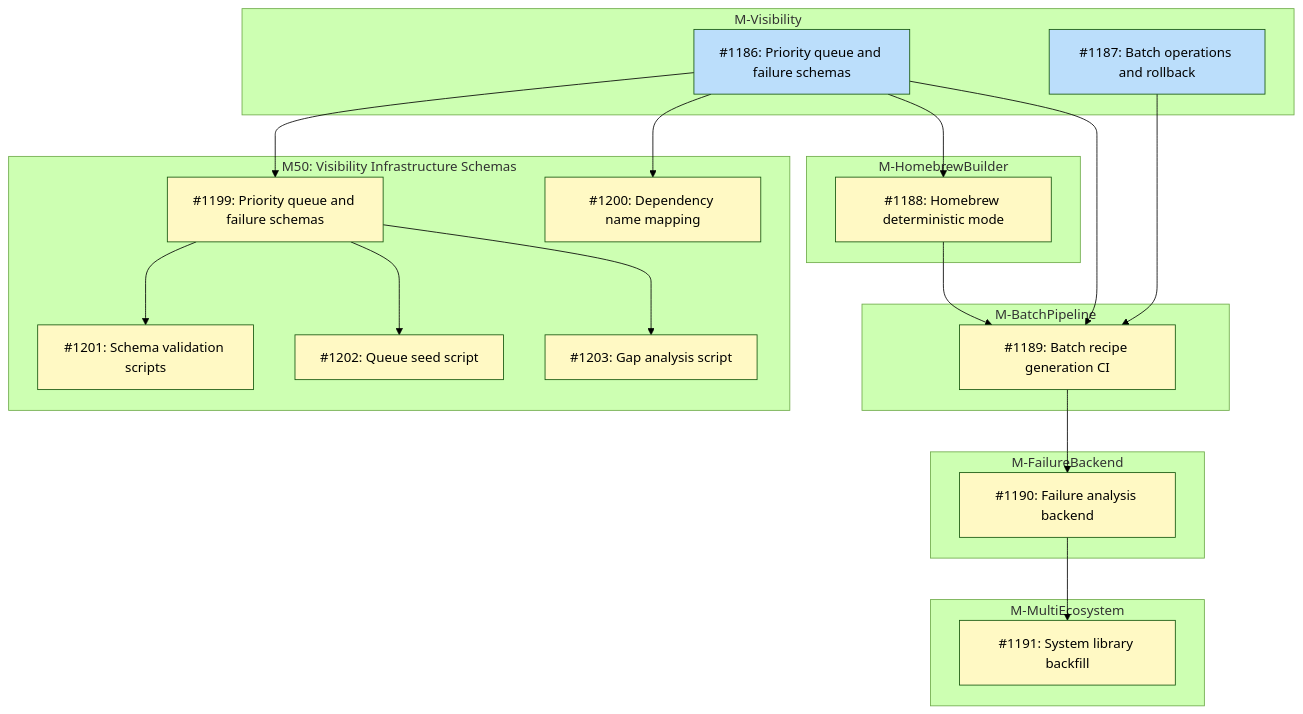
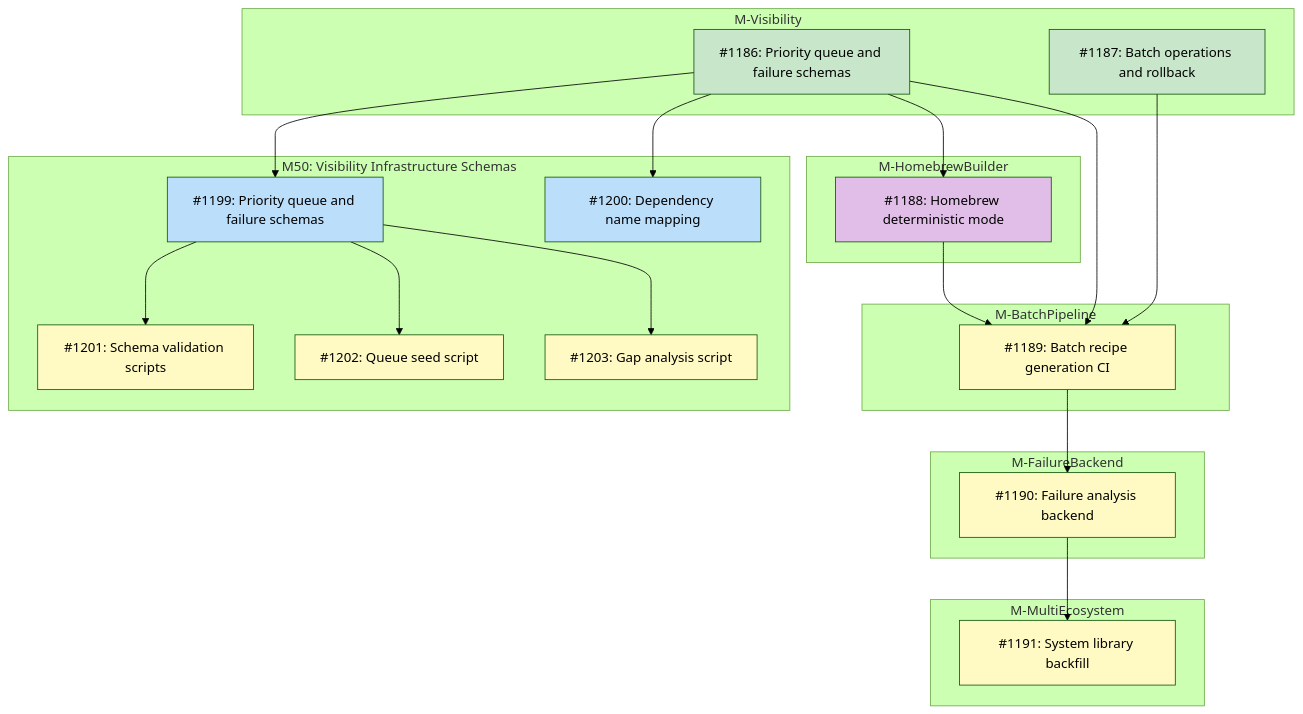
Before and after one commit to tsukumogami/tsuku: the diagram in docs/designs/DESIGN-registry-scale-strategy.md, drawn with Mermaid (forest theme). The commit also changed other lines of this file and 1 other file, not shown here.

First line of the commit message:
docs(design): add batch operations design document (#1195)

````diff
--- a/docs/designs/DESIGN-registry-scale-strategy.md
+++ b/docs/designs/DESIGN-registry-scale-strategy.md
@@ -59,53 +67,54 @@
 ```mermaid
 graph TD
     subgraph M_Visibility["M-Visibility"]
         I1186["#1186: Priority queue and failure schemas"]
         I1187["#1187: Batch operations and rollback"]
     end
 
     subgraph M50["M50: Visibility Infrastructure Schemas"]
         I1199["#1199: Priority queue and failure schemas"]
         I1200["#1200: Dependency name mapping"]
         I1201["#1201: Schema validation scripts"]
         I1202["#1202: Queue seed script"]
         I1203["#1203: Gap analysis script"]
     end
 
     subgraph M_HomebrewBuilder["M-HomebrewBuilder"]
         I1188["#1188: Homebrew deterministic mode"]
     end
 
     subgraph M_BatchPipeline["M-BatchPipeline"]
         I1189["#1189: Batch recipe generation CI"]
     end
 
     subgraph M_FailureBackend["M-FailureBackend"]
         I1190["#1190: Failure analysis backend"]
     end
 
     subgraph M_MultiEcosystem["M-MultiEcosystem"]
         I1191["#1191: System library backfill"]
     end
 
     I1186 --> I1199
     I1186 --> I1200
     I1199 --> I1201
     I1199 --> I1202
     I1199 --> I1203
     I1186 --> I1188
     I1186 --> I1189
     I1187 --> I1189
     I1188 --> I1189
     I1189 --> I1190
     I1190 --> I1191
 
     classDef done fill:#c8e6c9
     classDef ready fill:#bbdefb
     classDef blocked fill:#fff9c4
     classDef needsDesign fill:#e1bee7
 
-    class I1186,I1187 ready
-    class I1199,I1200 blocked
+    class I1186,I1187 done
+    class I1199,I1200 ready
+    class I1188 needsDesign
     class I1201,I1202,I1203 blocked
-    class I1188,I1189,I1190,I1191 blocked
+    class I1189,I1190,I1191 blocked
 ```
````
